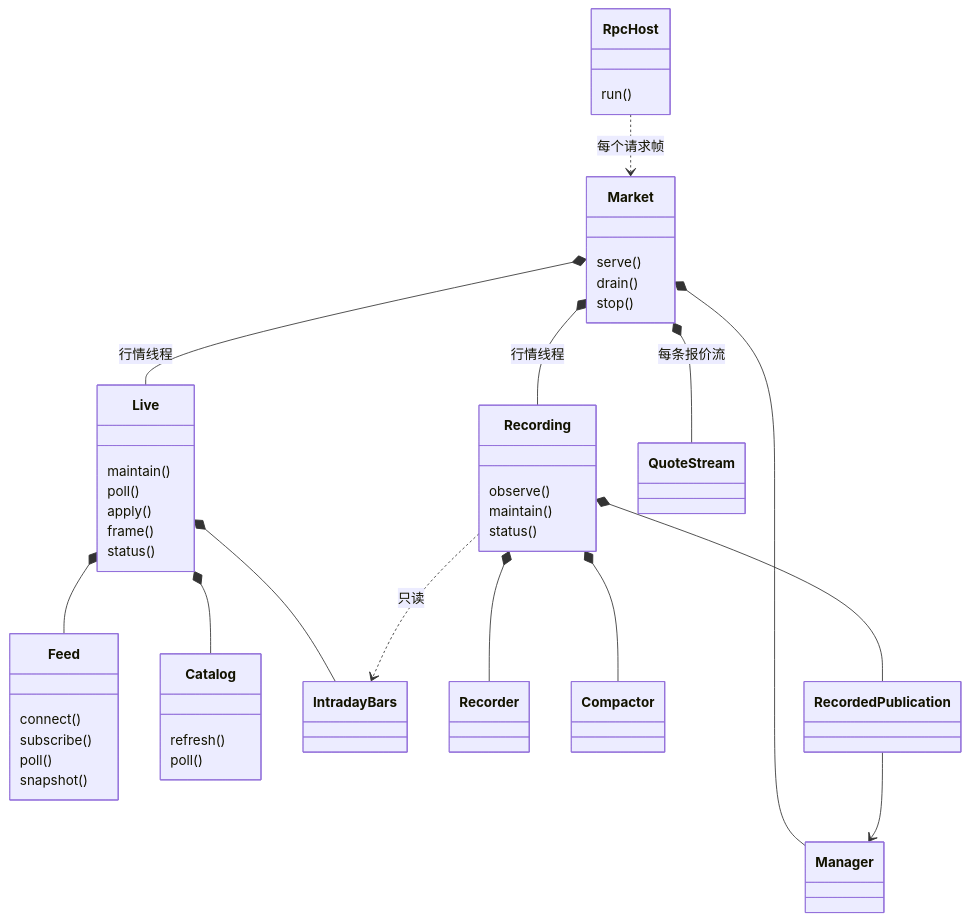
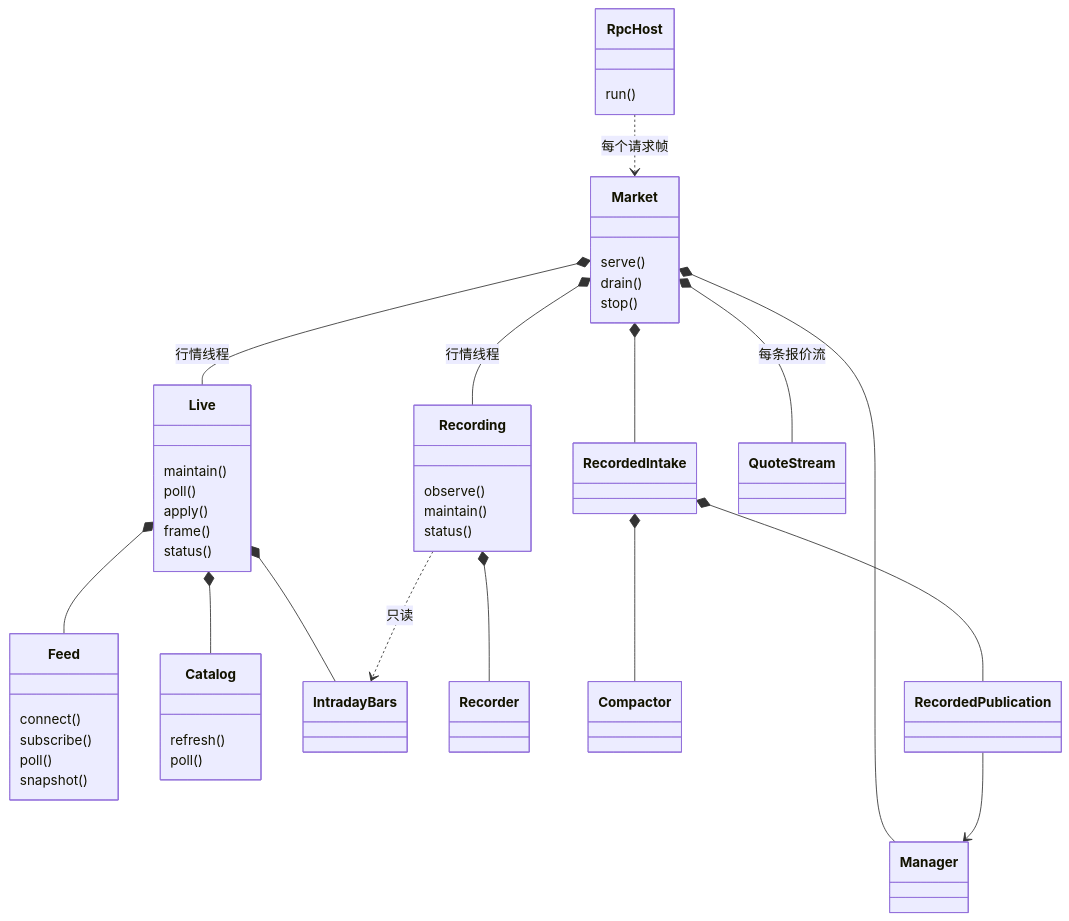
Before and after one commit to isqiwen/asterion-terminal: the second of 5 diagrams in docs/market/architecture.md, drawn with Mermaid. The commit also changed other lines of this file and 27 other files, not shown here.

First line of the commit message:
M3.83: move merging and recorded publication off the market thread

````diff
--- a/docs/market/architecture.md
+++ b/docs/market/architecture.md
@@ -40,52 +40,54 @@
 ```mermaid
 classDiagram
     class RpcHost {
         run()
     }
     class Market {
         serve()
         drain()
         stop()
     }
     class Live {
         maintain()
         poll()
         apply()
         frame()
         status()
     }
     class Recording {
         observe()
         maintain()
         status()
     }
     class Feed {
         connect()
         subscribe()
         poll()
         snapshot()
     }
     class Catalog {
         refresh()
         poll()
     }
     class IntradayBars
     class Recorder
+    class RecordedIntake
     class Compactor
     class RecordedPublication
     class Manager
     class QuoteStream
     RpcHost ..> Market : 每个请求帧
     Market *-- Live : 行情线程
     Market *-- Recording : 行情线程
     Market *-- Manager
+    Market *-- RecordedIntake
     Market *-- QuoteStream : 每条报价流
     Live *-- Feed
     Live *-- Catalog
     Live *-- IntradayBars
     Recording *-- Recorder
-    Recording *-- Compactor
-    Recording *-- RecordedPublication
     Recording ..> IntradayBars : 只读
+    RecordedIntake *-- Compactor
+    RecordedIntake *-- RecordedPublication
     RecordedPublication --> Manager
 ```
````
